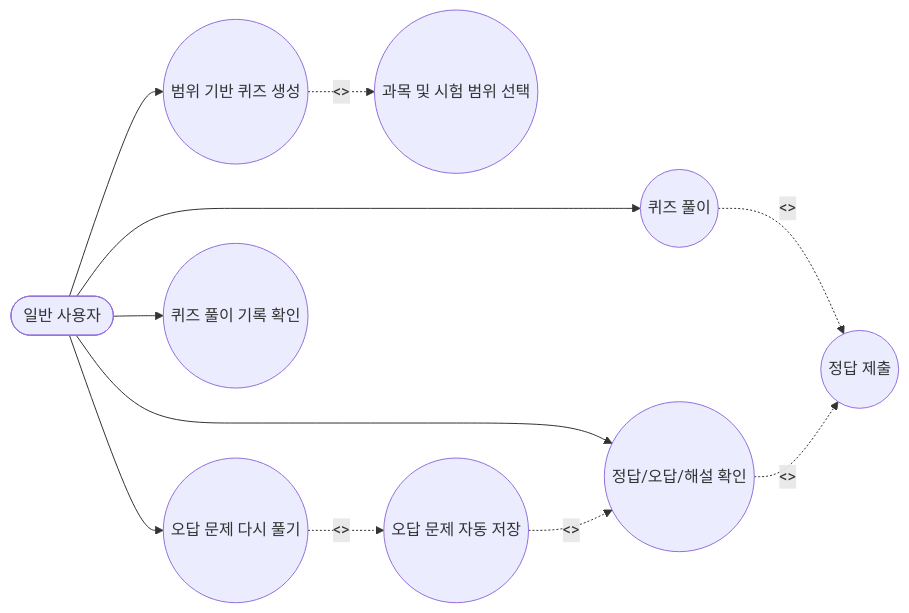
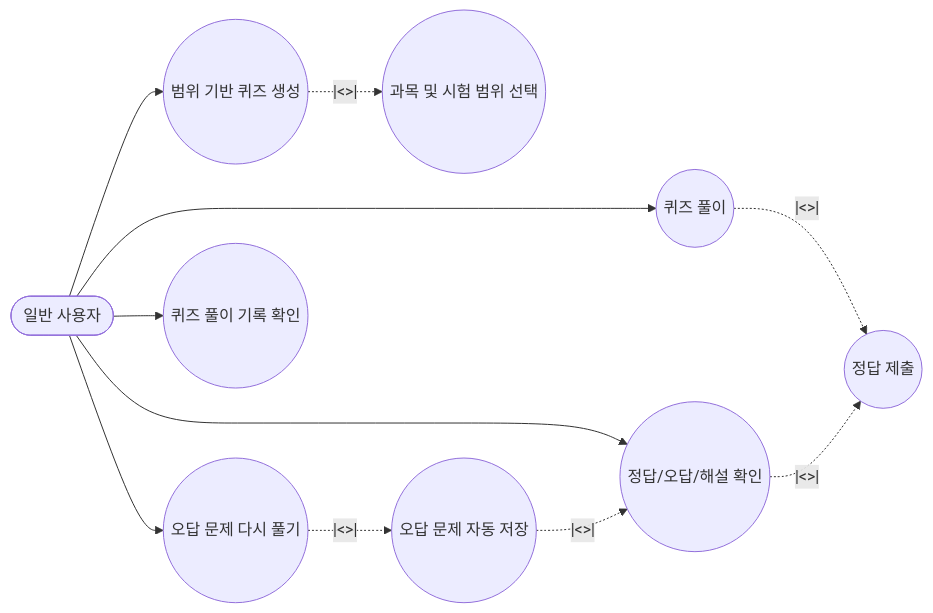
One commit to meaterick/sw-words changed the first of 2 diagrams in docs/M2/UML 다이어그램.md. Above: the diagram before and after it, drawn with Mermaid. The commit also changed other lines of this file, not shown here.

Commit message:
Fix UML diagram syntax for include and extend relationships

````diff
--- a/docs/M2/UML 다이어그램.md
+++ b/docs/M2/UML 다이어그램.md
@@ -19,28 +19,28 @@
 ```mermaid
 flowchart LR
     User([일반 사용자])
 
     UC1((과목 및 시험 범위 선택))
     UC2((범위 기반 퀴즈 생성))
     UC3((퀴즈 풀이))
     UC4((정답 제출))
     UC5((정답/오답/해설 확인))
     UC6((오답 문제 자동 저장))
     UC7((오답 문제 다시 풀기))
     UC8((퀴즈 풀이 기록 확인))
 
     User --> UC2
     User --> UC3
     User --> UC5
     User --> UC7
     User --> UC8
 
     %% include 관계
-    UC2 -. "<<include>>" .-> UC1
-    UC3 -. "<<include>>" .-> UC4
-    UC5 -. "<<include>>" .-> UC4
+    UC2 -. |<<include>>| .-> UC1
+    UC3 -. |<<include>>| .-> UC4
+    UC5 -. |<<include>>| .-> UC4
 
     %% extend 관계
-    UC6 -. "<<extend>>" .-> UC5
-    UC7 -. "<<extend>>" .-> UC6
+    UC6 -. |<<extend>>| .-> UC5
+    UC7 -. |<<extend>>| .-> UC6
 ```
````
